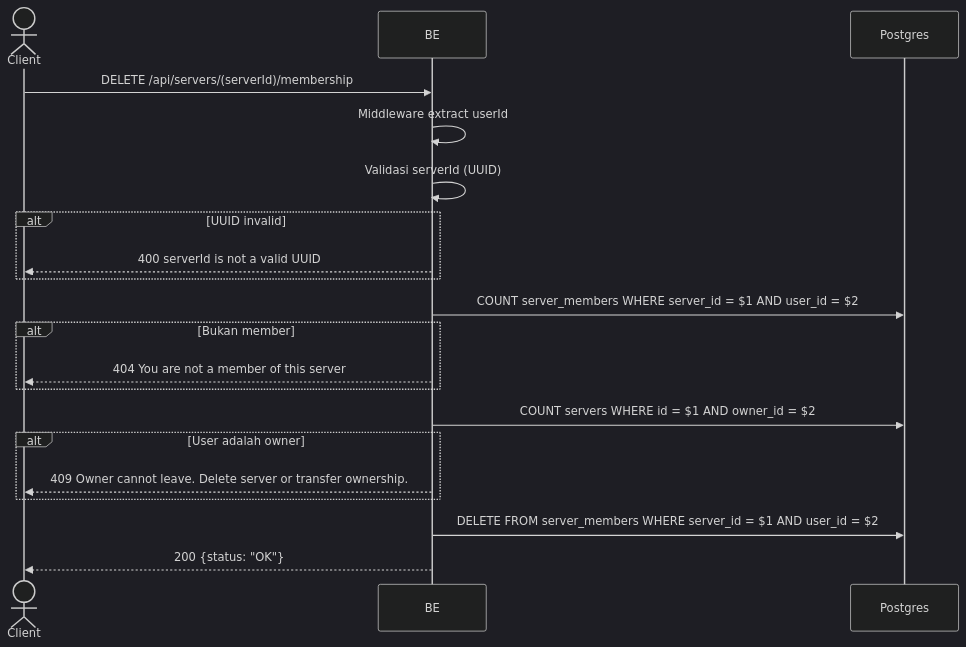
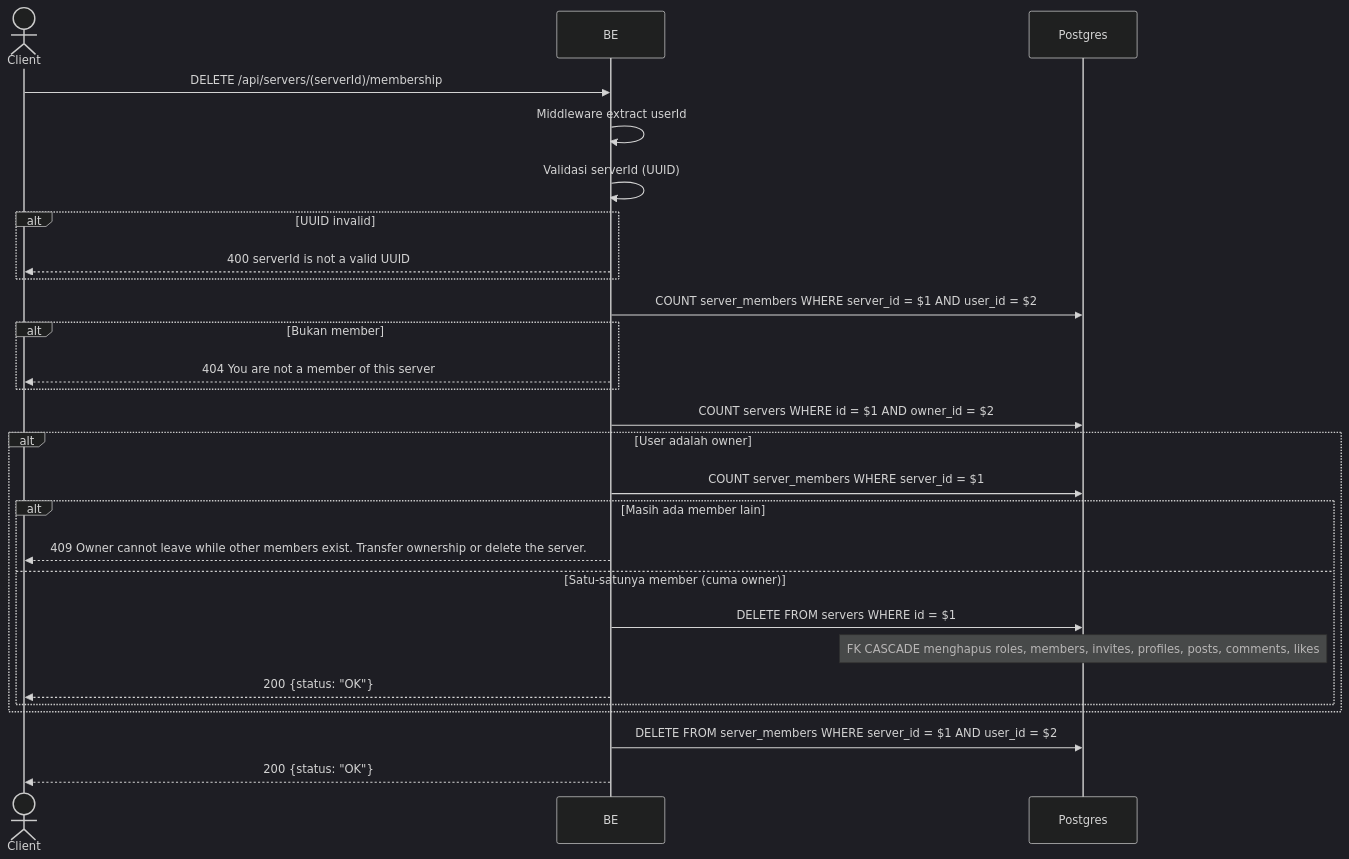
Before and after one commit to ferdian3456/virdanproject: the diagram in docs/flows/id/leave_server.md, drawn with Mermaid (dark theme). The commit also changed other lines of this file and 67 other files, not shown here.

First line of the commit message:
Audit and fix API flow docs; add missing Payment/Chat documentation (#42)

````diff
--- a/docs/flows/id/leave_server.md
+++ b/docs/flows/id/leave_server.md
@@ -13,23 +13,30 @@
 ```mermaid
 sequenceDiagram
     actor Client
     participant BE
     participant Postgres
 
     Client->>BE: DELETE /api/servers/(serverId)/membership
     BE->>BE: Middleware extract userId
     BE->>BE: Validasi serverId (UUID)
     alt UUID invalid
         BE-->>Client: 400 serverId is not a valid UUID
     end
     BE->>Postgres: COUNT server_members WHERE server_id = $1 AND user_id = $2
     alt Bukan member
         BE-->>Client: 404 You are not a member of this server
     end
     BE->>Postgres: COUNT servers WHERE id = $1 AND owner_id = $2
     alt User adalah owner
-        BE-->>Client: 409 Owner cannot leave. Delete server or transfer ownership.
+        BE->>Postgres: COUNT server_members WHERE server_id = $1
+        alt Masih ada member lain
+            BE-->>Client: 409 Owner cannot leave while other members exist. Transfer ownership or delete the server.
+        else Satu-satunya member (cuma owner)
+            BE->>Postgres: DELETE FROM servers WHERE id = $1
+            note over Postgres: FK CASCADE menghapus roles, members, invites, profiles, posts, comments, likes
+            BE-->>Client: 200 {status: "OK"}
+        end
     end
     BE->>Postgres: DELETE FROM server_members WHERE server_id = $1 AND user_id = $2
     BE-->>Client: 200 {status: "OK"}
 ```
````
